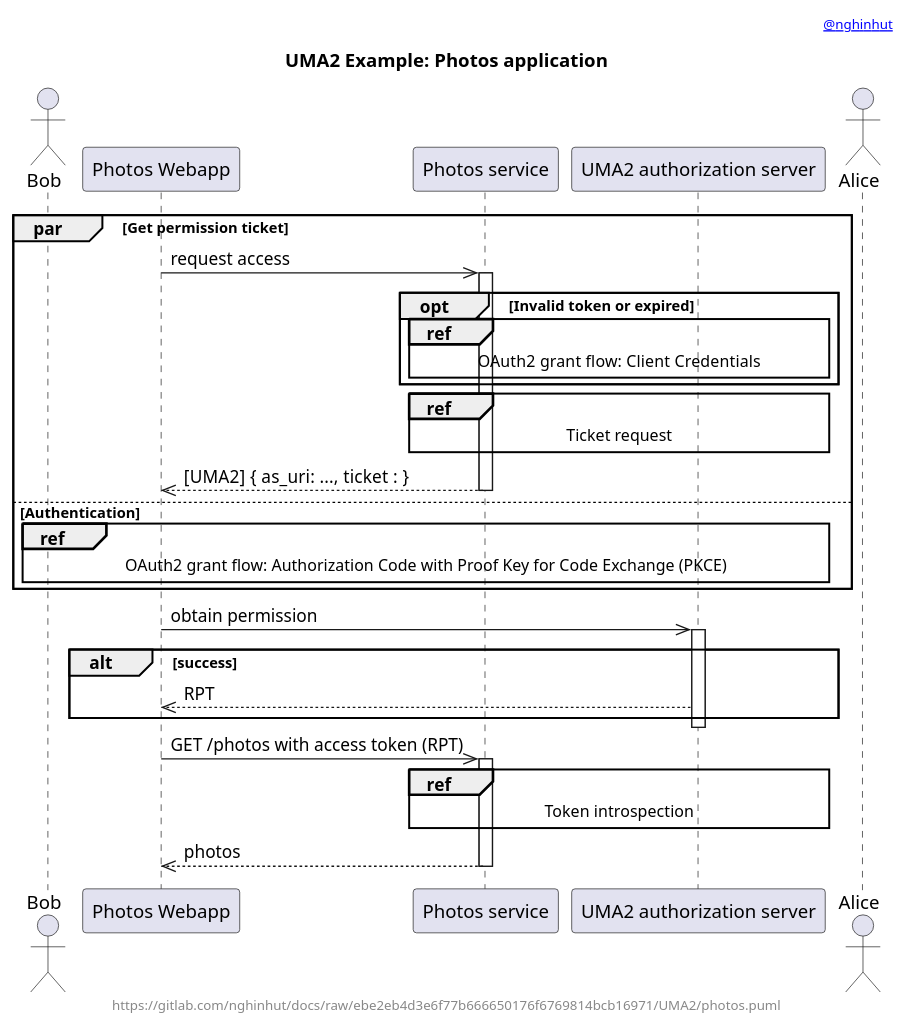
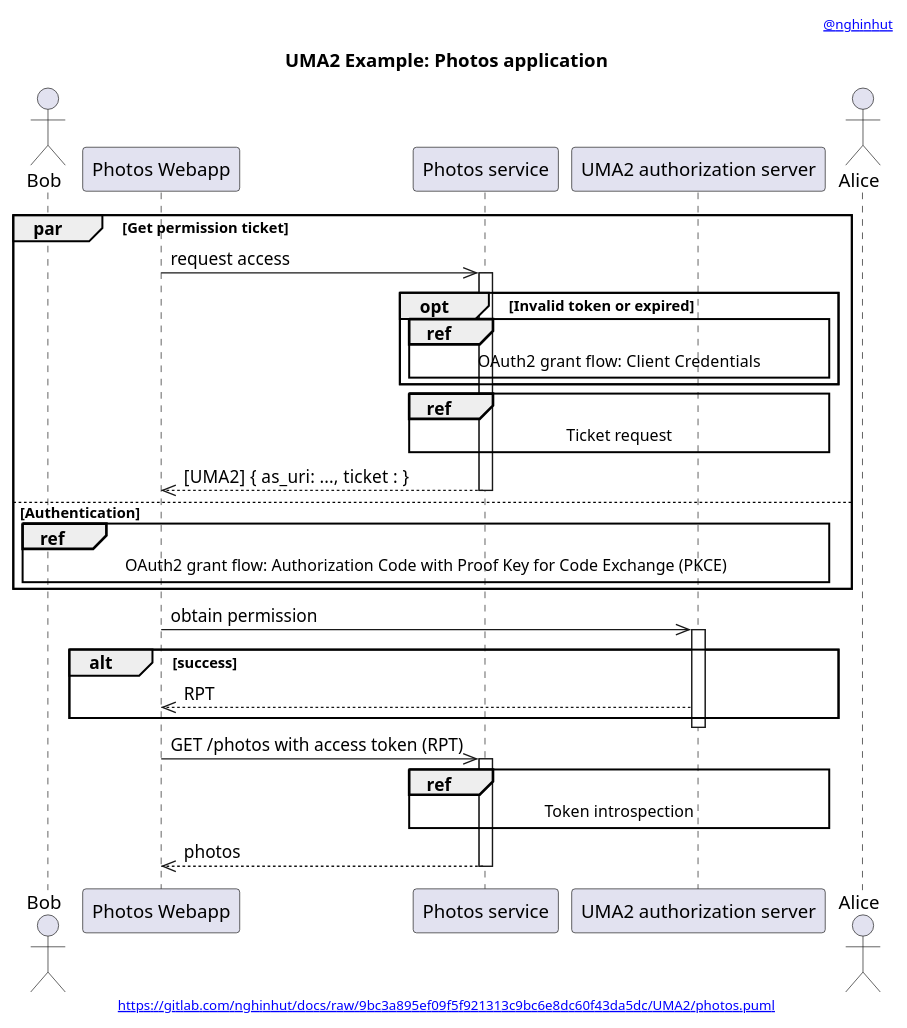
The diagram in UMA2/photos.apps.puml (nghinhut/docs), drawn with PlantUML before and after one commit. The commit also changed 18 other files, not shown here.

Commit message:
Update diagrams

```diff
--- a/UMA2/photos.apps.puml
+++ b/UMA2/photos.apps.puml
@@ -1,43 +1,43 @@
 @startuml
 '-----START auto generated metadata please keep comment here to allow auto update-----
 '-----DON'T EDIT THIS SECTION, INSTEAD RE-RUN prebuild.sh TO UPDATE-----
 header [[mailto:nghinhut@gmail.com @nghinhut]]
-footer https://gitlab.com/nghinhut/docs/raw/ebe2eb4d3e6f77b666650176f6769814bcb16971/UMA2/photos.puml
+footer [[https://gitlab.com/nghinhut/docs/raw/9bc3a895ef09f5f921313c9bc6e8dc60f43da5dc/UMA2/photos.puml]]
 '-----END auto generated metadata please keep comment here to allow auto update-----
 title UMA2 Example: Photos application
 
 actor "Bob" as rp
 participant "Photos Webapp" as client
 participant "Photos service" as rs
 participant "UMA2 authorization server" as as
 actor "Alice" as ro
 
 par Get permission ticket
     client ->> rs : request access
     activate rs
 
     opt Invalid token or expired
         ref over rs, as : OAuth2 grant flow: Client  Credentials
     end
 
     ref over rs, as : Ticket request
 
     client <<-- rs : [UMA2] { as_uri: ...,  ticket : }
     deactivate rs
 else Authentication
     ref over rp, as : OAuth2 grant flow: Authorization Code with Proof Key for Code Exchange (PKCE)
 end
 
 client ->> as : obtain permission
 activate as
 alt success
 client <<-- as : RPT
 end
 deactivate as
 
 client ->> rs : GET /photos with access token (RPT)
 activate rs
 ref over rs, as : Token introspection
 client <<-- rs : photos
 deactivate rs
 @enduml
```
